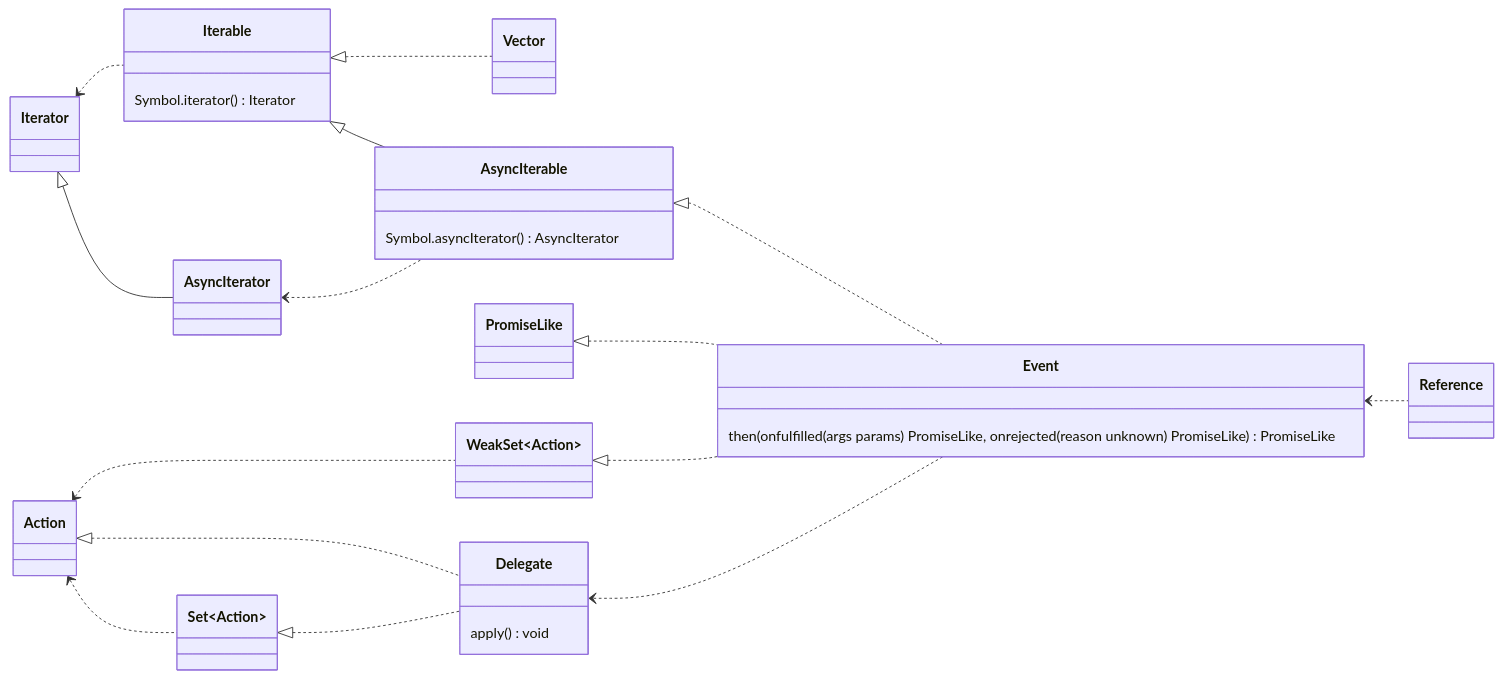
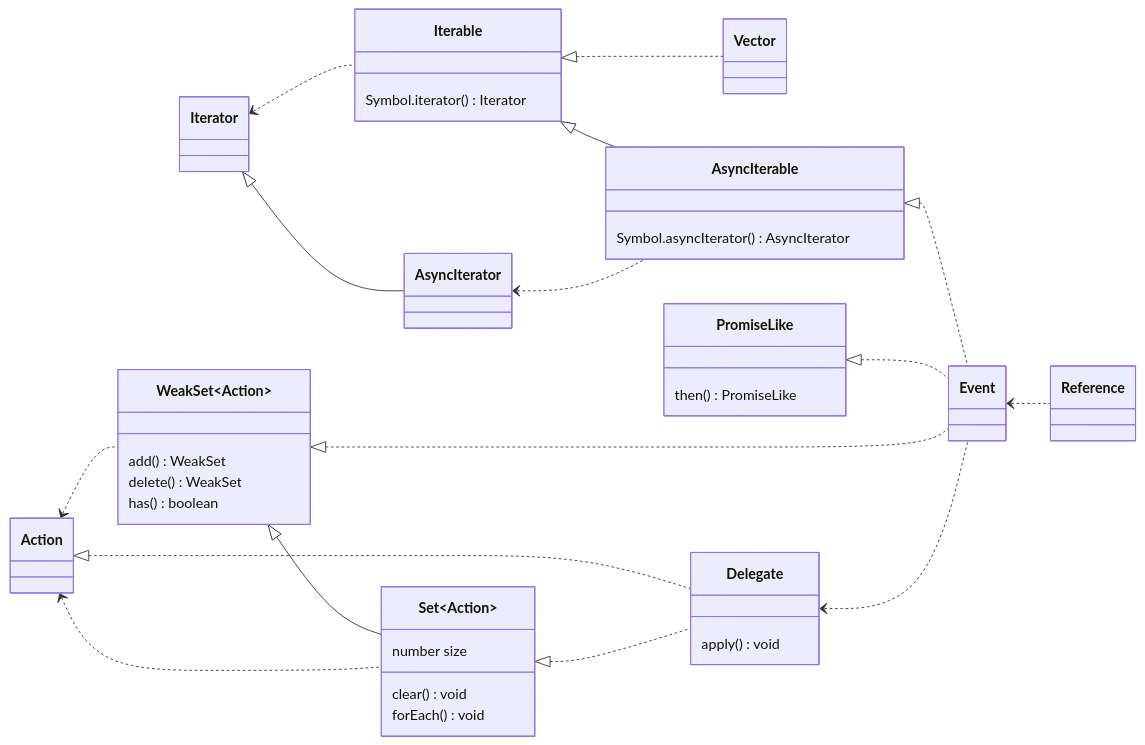
One commit to domrally/peekeasy changed the fourth of 4 diagrams in README.md. Above: the diagram before and after it, drawn with Mermaid.

````diff
--- a/README.md
+++ b/README.md
@@ -204,34 +204,46 @@
 ```mermaid
 classDiagram
     direction LR
     Iterable <|.. Vector
     Iterable <|-- AsyncIterable
     Iterator <|-- AsyncIterator
+    WeakSet~Action~ <|-- Set~Action~
     Iterator <.. Iterable
     AsyncIterator <.. AsyncIterable
     AsyncIterable <|.. Event
     PromiseLike <|.. Event
     WeakSet~Action~ <|.. Event
     Action <.. WeakSet~Action~
     Action <.. Set~Action~
     Action <|.. Delegate
     Set~Action~ <|.. Delegate
     Delegate <.. Event
     Event <.. Reference
     class AsyncIterable {
         Symbol.asyncIterator() AsyncIterator
     }
     class Iterable {
         Symbol.iterator() Iterator
     }
+    class PromiseLike {
+        then() PromiseLike
+    }
+    class WeakSet {
+        add() WeakSet
+        delete() WeakSet
+        has() boolean
+    }
+    class Set {
+        number size
+        clear() void
+        forEach() void
+    }
     class Delegate {
         apply() void
     }
     link Delegate "https://github.com/domrally/peekeasy/blob/main/src/delegate.ts" "delegate.ts"
-    class Event {
-        then(onfulfilled(args params) PromiseLike, onrejected(reason unknown) PromiseLike) PromiseLike
-    }
+    class Event
     link Event "https://github.com/domrally/peekeasy/blob/main/src/event.ts" "event.ts"
     class Vector
     link Vector "https://github.com/domrally/peekeasy/blob/main/src/vector.ts" "vector.ts"
 ```
````
